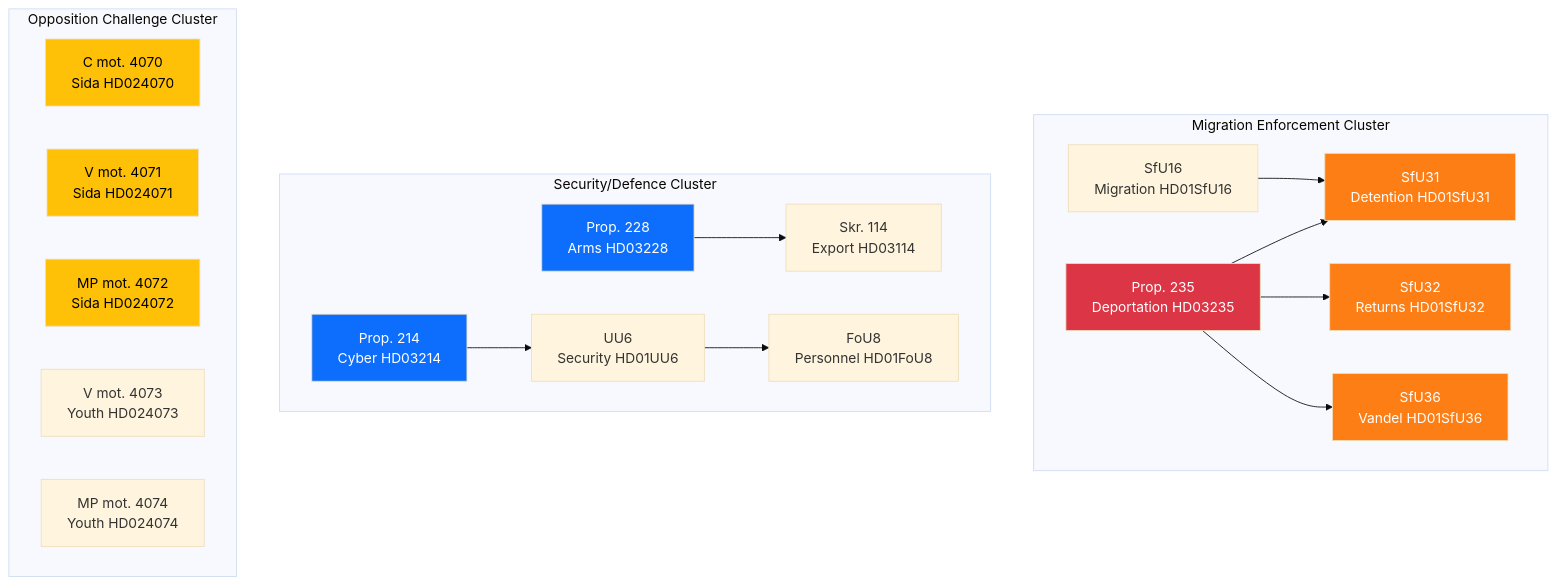
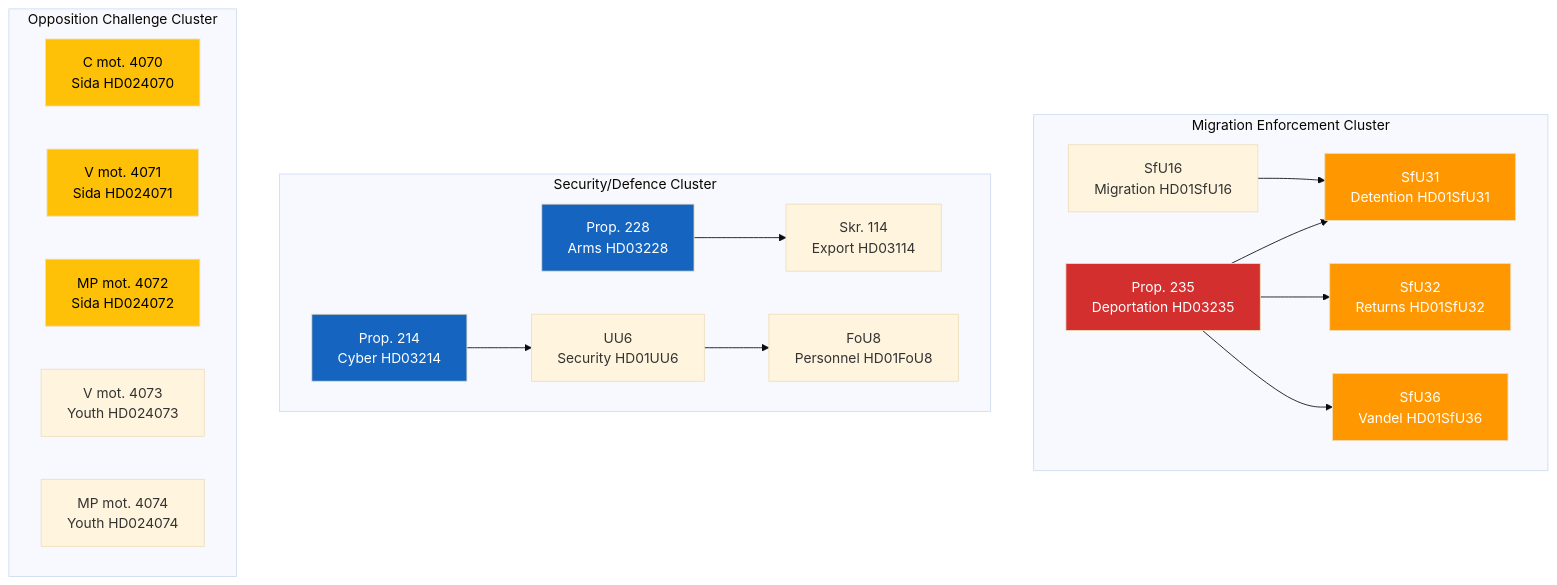
One commit to Hack23/riksdagsmonitor changed the diagram in analysis/daily/2026-04-10/evening-analysis/cross-reference-map.md. Above: the diagram before and after it, drawn with Mermaid (base theme). The commit also changed 785 other files, not shown here.

First line of the commit message:
Normalize mermaid colors across 786 analysis artifacts to ISMS Style Guide palette

````diff
--- a/analysis/daily/2026-04-10/evening-analysis/cross-reference-map.md
+++ b/analysis/daily/2026-04-10/evening-analysis/cross-reference-map.md
@@ -14,43 +14,43 @@
 ```mermaid
 graph TD
     subgraph "Migration Enforcement Cluster"
         P235["Prop. 235<br/>Deportation HD03235"]
         SfU31["SfU31<br/>Detention HD01SfU31"]
         SfU32["SfU32<br/>Returns HD01SfU32"]
         SfU36["SfU36<br/>Vandel HD01SfU36"]
         SfU16["SfU16<br/>Migration HD01SfU16"]
         P235 --> SfU31
         P235 --> SfU32
         P235 --> SfU36
         SfU16 --> SfU31
     end
 
     subgraph "Security/Defence Cluster"
         P214["Prop. 214<br/>Cyber HD03214"]
         P228["Prop. 228<br/>Arms HD03228"]
         S114["Skr. 114<br/>Export HD03114"]
         UU6["UU6<br/>Security HD01UU6"]
         FoU8["FoU8<br/>Personnel HD01FoU8"]
         P214 --> UU6
         P228 --> S114
         UU6 --> FoU8
     end
 
     subgraph "Opposition Challenge Cluster"
         M70["C mot. 4070<br/>Sida HD024070"]
         M71["V mot. 4071<br/>Sida HD024071"]
         M72["MP mot. 4072<br/>Sida HD024072"]
         M73["V mot. 4073<br/>Youth HD024073"]
         M74["MP mot. 4074<br/>Youth HD024074"]
     end
 
-    style P235 fill:#dc3545,color:#fff
-    style P214 fill:#0d6efd,color:#fff
-    style P228 fill:#0d6efd,color:#fff
-    style SfU31 fill:#fd7e14,color:#fff
-    style SfU32 fill:#fd7e14,color:#fff
-    style SfU36 fill:#fd7e14,color:#fff
-    style M70 fill:#ffc107,color:#000
-    style M71 fill:#ffc107,color:#000
-    style M72 fill:#ffc107,color:#000
+    style P235 fill:#D32F2F,color:#FFFFFF
+    style P214 fill:#1565C0,color:#FFFFFF
+    style P228 fill:#1565C0,color:#FFFFFF
+    style SfU31 fill:#FF9800,color:#FFFFFF
+    style SfU32 fill:#FF9800,color:#FFFFFF
+    style SfU36 fill:#FF9800,color:#FFFFFF
+    style M70 fill:#FFC107,color:#000000
+    style M71 fill:#FFC107,color:#000000
+    style M72 fill:#FFC107,color:#000000
 ```
````
